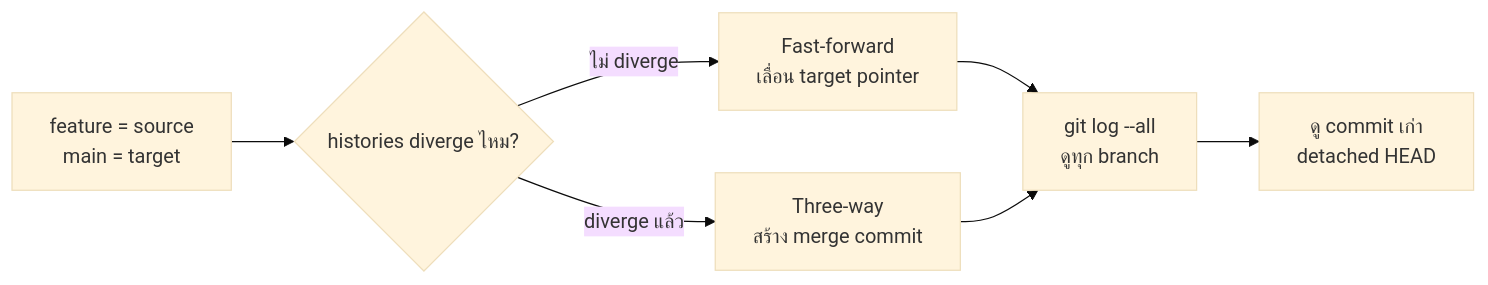
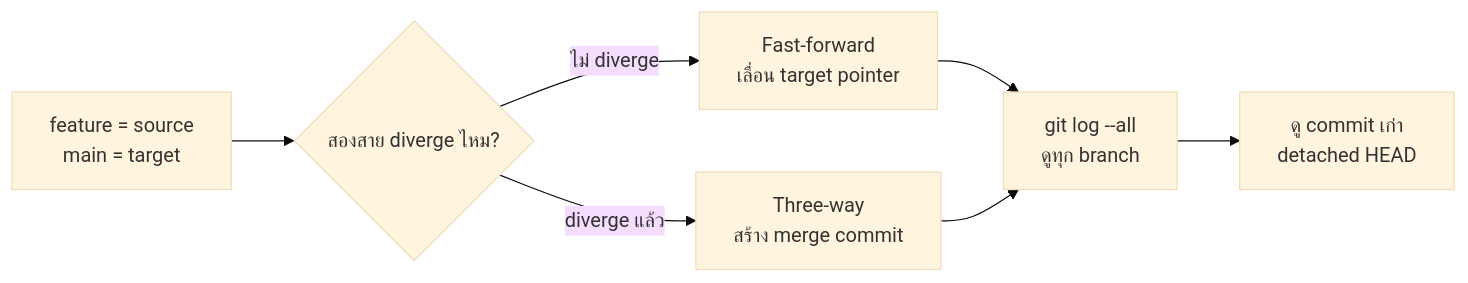
Before and after one commit to kidpeterpan/kidpeterpan.github.io: the diagram in content/git/05-merging.md, drawn with Mermaid (base theme). The commit also changed other lines of this file, not shown here.

```diff
--- a/content/git/05-merging.md
+++ b/content/git/05-merging.md
@@ -27,9 +27,9 @@
 {{< mermaid >}}
 flowchart LR
-  A["feature = source<br/>main = target"] --> B{"histories diverge ไหม?"}
+  A["feature = source<br/>main = target"] --> B{"สองสาย diverge ไหม?"}
   B -->|"ไม่ diverge"| C["Fast-forward<br/>เลื่อน target pointer"]
   B -->|"diverge แล้ว"| D["Three-way<br/>สร้าง merge commit"]
   C --> E["git log --all<br/>ดูทุก branch"]
   D --> E
   E --> F["ดู commit เก่า<br/>detached HEAD"]
 {{< /mermaid >}}
```
